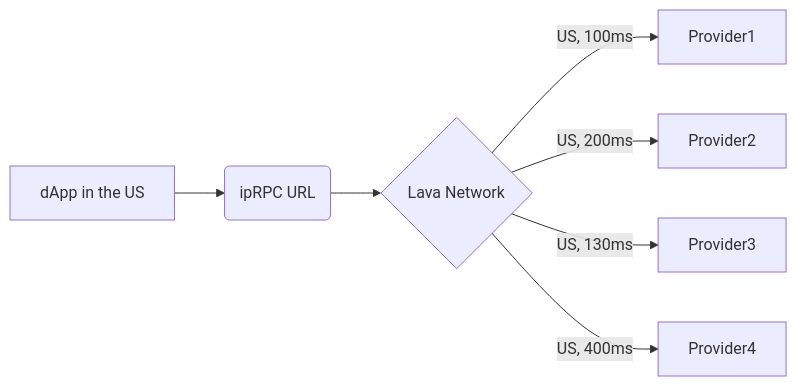
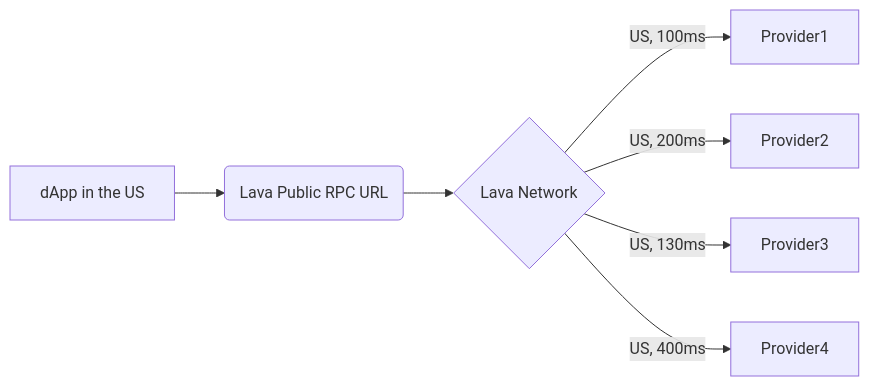
One commit to lavanet/docs changed the diagram in docs/developer/endpoints/endpoints-overview.md. Above: the diagram before and after it, drawn with Mermaid. The commit also changed other lines of this file and 8 other files, not shown here.

Commit message:
update the public rpc endpoints page

````diff
--- a/docs/developer/endpoints/endpoints-overview.md
+++ b/docs/developer/endpoints/endpoints-overview.md
@@ -17,11 +17,11 @@
 ```mermaid
 
  flowchart LR
-    A[dApp in the US] --> B(ipRPC URL)
+    A[dApp in the US] --> B(Lava Public RPC URL)
     B --> C{Lava Network}
     C -->|US, 100ms| D[Provider1]
     C -->|US, 200ms| E[Provider2]
     C -->|US, 130ms| F[Provider3]
     C -->|US, 400ms| G[Provider4]
 
 ```
````
